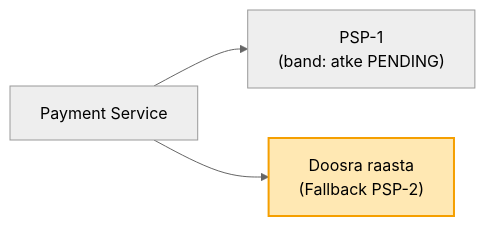
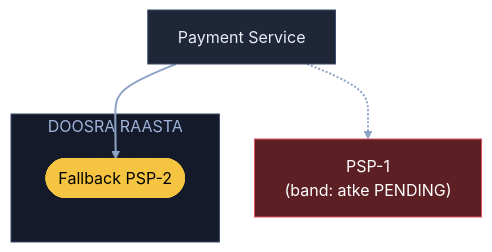
Before and after one commit to ArpanMaheshwari144/Prep: the fourth of 11 diagrams in 04_HLD/SYSTEM_DESIGNS/06_payment_system/06_payment_system.md, drawn with Mermaid (neutral theme). The commit also changed other lines of this file, not shown here.

Commit message:
Payment: 11 diagram YouTube (reel) wale card andaaz me

````diff
--- a/04_HLD/SYSTEM_DESIGNS/06_payment_system/06_payment_system.md
+++ b/04_HLD/SYSTEM_DESIGNS/06_payment_system/06_payment_system.md
@@ -88,6 +120,16 @@
 ```mermaid
-flowchart LR
-    S["Payment Service"] --> P1["PSP-1<br/>(band: atke PENDING)"]
-    S --> P2["Doosra raasta<br/>(Fallback PSP-2)"]
-    style P2 fill:#ffe8b3,stroke:#f59f00,stroke-width:2px,color:#000
+flowchart TB
+    S["Payment Service"]:::card
+    P1["PSP-1<br/>(band: atke PENDING)"]:::bad
+    subgraph DR["DOOSRA RAASTA"]
+        P2(["Fallback PSP-2"]):::pill
+    end
+    S -.-> P1
+    S --> P2
+    linkStyle default stroke:#8fa3c7,stroke-width:2px
+    classDef card fill:#1e2638,stroke:#3a4a6b,color:#e8ecf5
+    classDef pill fill:#f5c542,stroke:#f5c542,color:#000
+    classDef good fill:#2e7d4f,stroke:#3fbf6f,color:#fff
+    classDef bad fill:#5c1f24,stroke:#e05561,color:#fff
+    style DR fill:#141a29,stroke:#3a4a6b,color:#9fb3d9
 ```
````
